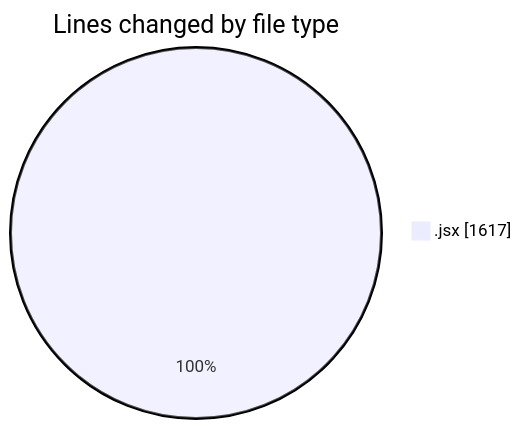
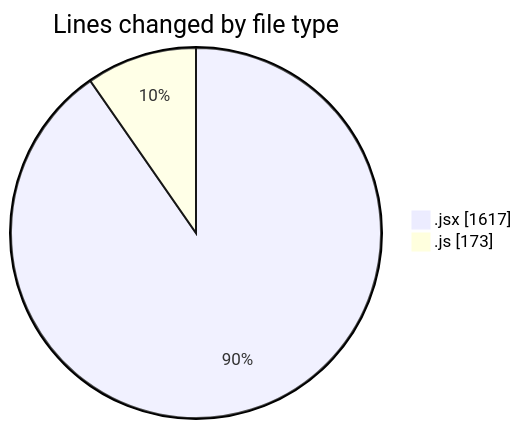
The first of 2 diagrams in 2025-06-04/nxtqube_webapp/README.md (nxtqubesakshisongat/code-tracking), drawn with Mermaid before and after one commit. The commit also changed other lines of this file and 1 other file, not shown here.

````diff
--- a/2025-06-04/nxtqube_webapp/README.md
+++ b/2025-06-04/nxtqube_webapp/README.md
@@ -21,5 +22,6 @@
 ```mermaid
 pie showData
 title Lines changed by file type
 ".jsx" : 1617
+".js" : 173
 ```
````
